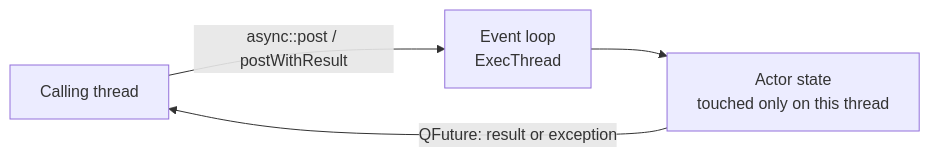
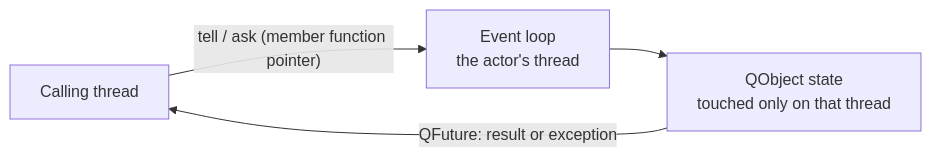
The second of 2 diagrams in README.md (lichanglin688/qactor), drawn with Mermaid before and after one commit. The commit also changed other lines of this file and 15 other files, not shown here.

````diff
--- a/README.md
+++ b/README.md
@@ -77,6 +99,6 @@
 ```mermaid
 flowchart LR
-    C["Calling thread"] -->|"async::post / postWithResult"| L["Event loop<br/>ExecThread"]
-    L --> A["Actor state<br/>touched only on this thread"]
+    C["Calling thread"] -->|"tell / ask (member function pointer)"| L["Event loop<br/>the actor's thread"]
+    L --> A["QObject state<br/>touched only on that thread"]
     A -->|"QFuture: result or exception"| C
 ```
````
